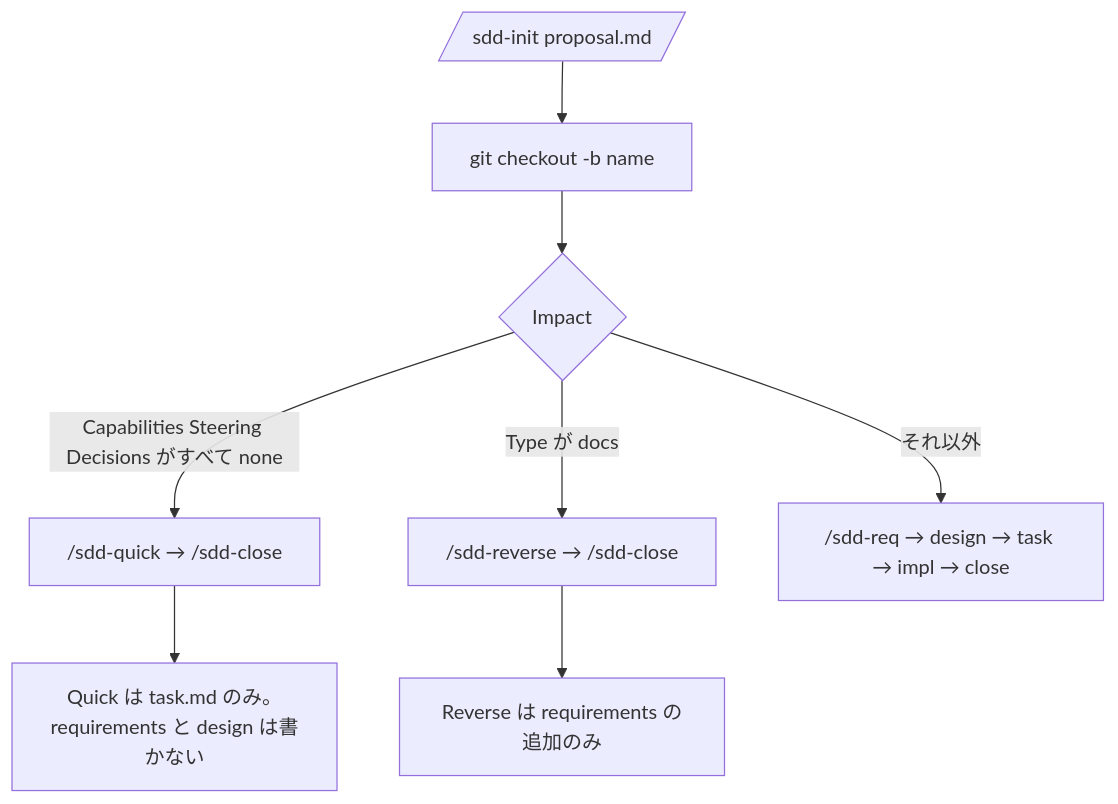
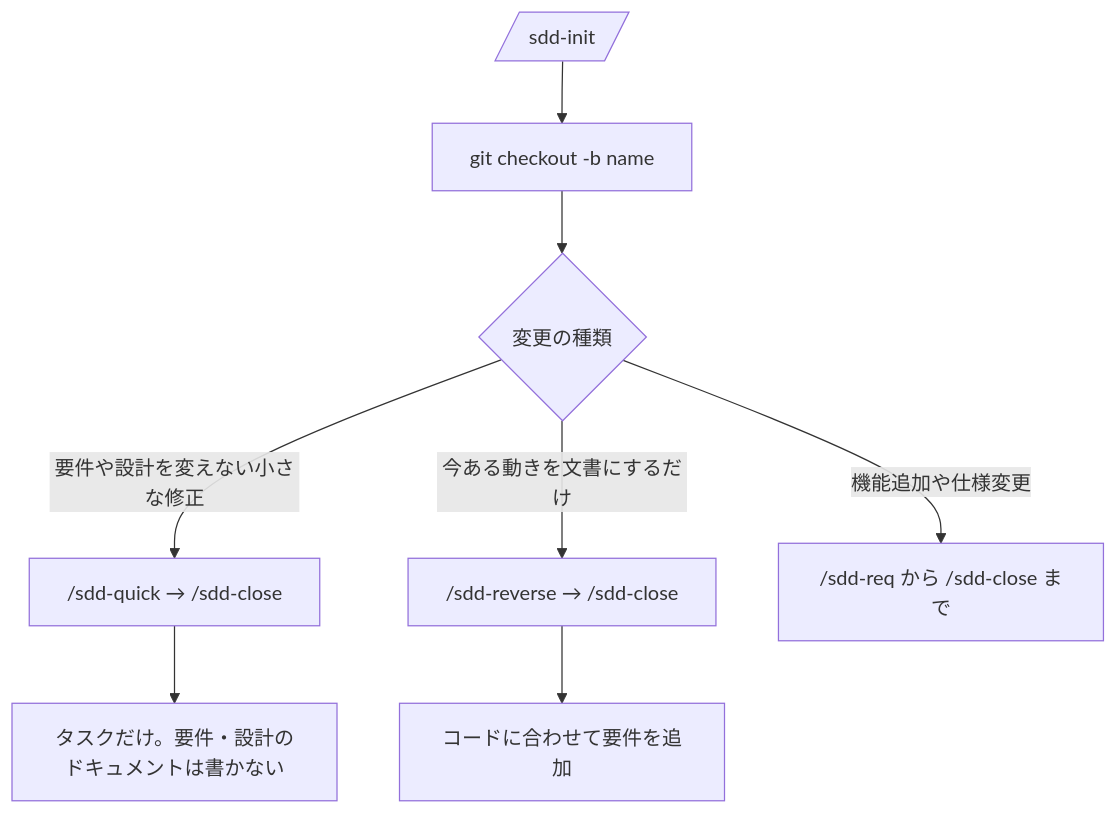
The first of 2 diagrams in README.ja.md (paterapatera/sdd-orc), drawn with Mermaid before and after one commit. The commit also changed other lines of this file and 1 other file, not shown here.

Commit message:
docs: plain-language route selection in README diagrams

````diff
--- a/README.ja.md
+++ b/README.ja.md
@@ -81,10 +81,10 @@
 ```mermaid
 flowchart TD
-  init[/sdd-init proposal.md/] --> branch["git checkout -b name"]
-  branch --> route{Impact}
-  route -->|Capabilities Steering Decisions がすべて none| quickPath["/sdd-quick → /sdd-close"]
-  route -->|Type が docs| revPath["/sdd-reverse → /sdd-close"]
-  route -->|それ以外| fullPath["/sdd-req → design → task → impl → close"]
-  quickPath --> noteQuick["Quick は task.md のみ。requirements と design は書かない"]
-  revPath --> noteRev["Reverse は requirements の追加のみ"]
+  init[/sdd-init/] --> branch["git checkout -b name"]
+  branch --> route{変更の種類}
+  route -->|要件や設計を変えない小さな修正| quickPath["/sdd-quick → /sdd-close"]
+  route -->|今ある動きを文書にするだけ| revPath["/sdd-reverse → /sdd-close"]
+  route -->|機能追加や仕様変更| fullPath["/sdd-req から /sdd-close まで"]
+  quickPath --> noteQuick["タスクだけ。要件・設計のドキュメントは書かない"]
+  revPath --> noteRev["コードに合わせて要件を追加"]
 ```
````
